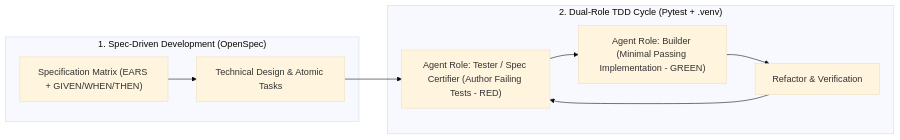
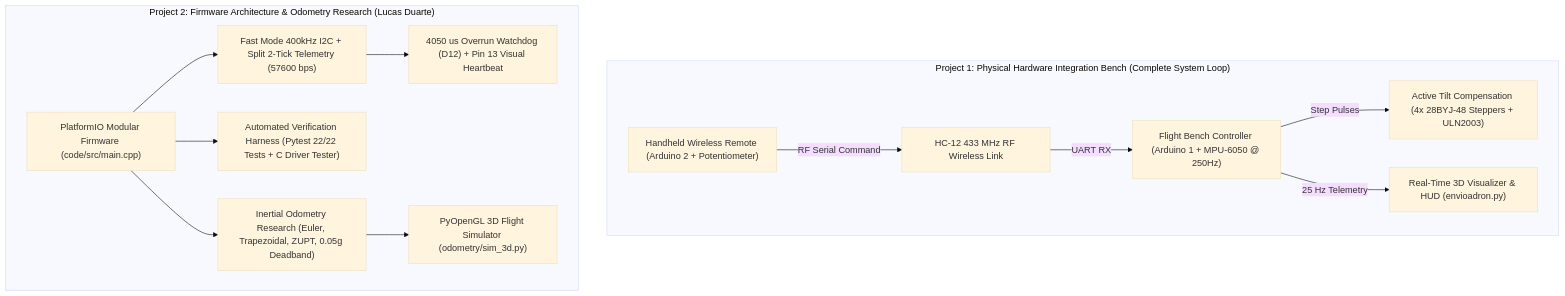
Before and after one commit to LucasDuarte026/drone_from_scratch: the diagram in README.md, drawn with Mermaid (base theme). The commit also changed other lines of this file and 74 other files, not shown here.

First line of the commit message:
docs(release): restructure workspace into project_1/2 and establish open-source documentation hierarchy

````diff
--- a/README.md
+++ b/README.md
@@ -54,17 +20,28 @@
 ```mermaid
-flowchart LR
-    subgraph SDD ["1. Spec-Driven Development (OpenSpec)"]
-        SpecMatrix["Specification Matrix (EARS + GIVEN/WHEN/THEN)"]
-        DesignTasks["Technical Design & Atomic Tasks"]
-        SpecMatrix --> DesignTasks
+flowchart TD
+    subgraph P1 ["Project 1: Physical Hardware Integration Bench (Complete System Loop)"]
+        P1_Tx["Handheld Wireless Remote (Arduino 2 + Potentiometer)"]
+        P1_RF["HC-12 433 MHz RF Wireless Link"]
+        P1_Rx["Flight Bench Controller (Arduino 1 + MPU-6050 @ 250Hz)"]
+        P1_Act["Active Tilt Compensation (4x 28BYJ-48 Steppers + ULN2003)"]
+        P1_Sim["Real-Time 3D Visualizer & HUD (envioadron.py)"]
+        
+        P1_Tx -->|RF Serial Command| P1_RF
+        P1_RF -->|UART RX| P1_Rx
+        P1_Rx -->|Step Pulses| P1_Act
+        P1_Rx -->|25 Hz Telemetry| P1_Sim
     end
 
-    subgraph TDD ["2. Dual-Role TDD Cycle (Pytest + .venv)"]
-        AgentTester["Agent Role: Tester / Spec Certifier (Author Failing Tests - RED)"]
-        AgentBuilder["Agent Role: Builder (Minimal Passing Implementation - GREEN)"]
-        Refactor["Refactor & Verification"]
-        AgentTester --> AgentBuilder --> Refactor --> AgentTester
+    subgraph P2 ["Project 2: Firmware Architecture & Odometry Research (Lucas Duarte)"]
+        P2_FW["PlatformIO Modular Firmware (code/src/main.cpp)"]
+        P2_HAL["Fast Mode 400kHz I2C + Split 2-Tick Telemetry (57600 bps)"]
+        P2_Watch["4050 us Overrun Watchdog (D12) + Pin 13 Visual Heartbeat"]
+        P2_Test["Automated Verification Harness (Pytest 22/22 Tests + C Driver Tester)"]
+        P2_Odom["Inertial Odometry Research (Euler, Trapezoidal, ZUPT, 0.05g Deadband)"]
+        P2_Sim["PyOpenGL 3D Flight Simulator (odometry/sim_3d.py)"]
+        
+        P2_FW --> P2_HAL --> P2_Watch
+        P2_FW --> P2_Test
+        P2_FW --> P2_Odom --> P2_Sim
     end
-
-    DesignTasks --> AgentTester
 ```
````
